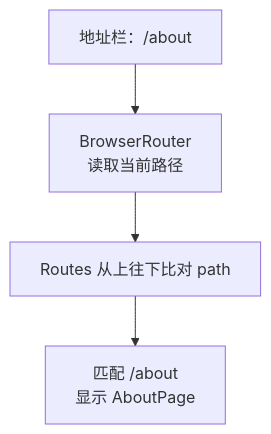
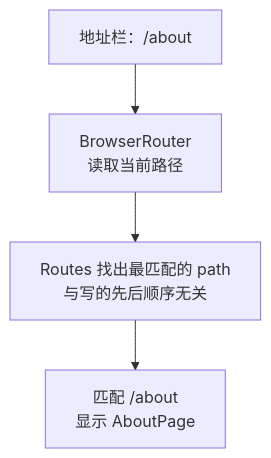
One commit to zerioo1970/summary changed the first of 3 diagrams in React19精简教程/docs/ch09-router.md. Above: the diagram before and after it, drawn with Mermaid. The commit also changed other lines of this file and 13 other files, not shown here.

````diff
--- a/React19精简教程/docs/ch09-router.md
+++ b/React19精简教程/docs/ch09-router.md
@@ -74,6 +127,6 @@
 ```mermaid
 graph TB
     A["地址栏：/about"] --> B["BrowserRouter<br/>读取当前路径"]
-    B --> C["Routes 从上往下比对 path"]
+    B --> C["Routes 找出最匹配的 path<br/>与写的先后顺序无关"]
     C --> D["匹配 /about<br/>显示 AboutPage"]
 ```
````
